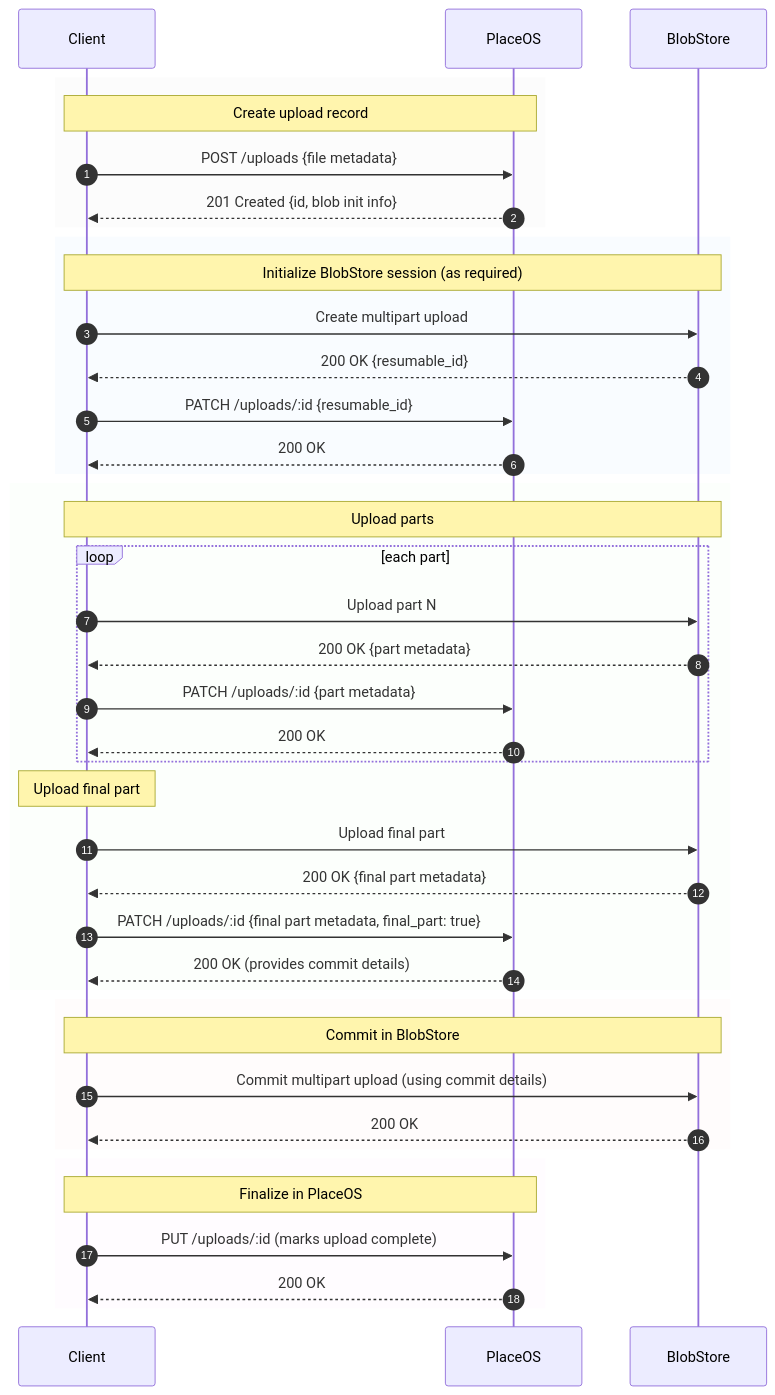
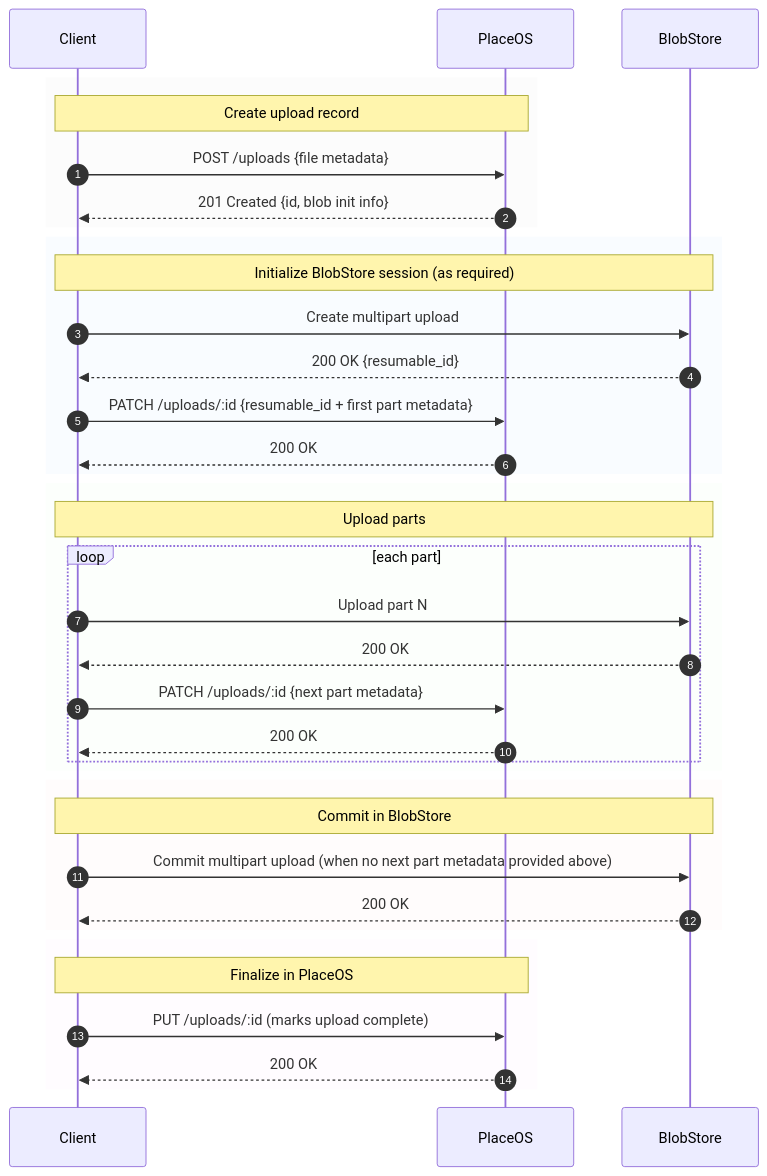
The first of 2 diagrams in src/content/docs/placeos/reference/api/uploads.md (PlaceOS/placeos-docs), drawn with Mermaid before and after one commit. The commit also changed other lines of this file, not shown here.

Commit message:
feat(uploads.md): improve docs

````diff
--- a/src/content/docs/placeos/reference/api/uploads.md
+++ b/src/content/docs/placeos/reference/api/uploads.md
@@ -21,58 +19,51 @@
 ```mermaid
 sequenceDiagram
     autonumber
 
     participant Client
     participant PlaceOS
     participant BlobStore
 
     rect rgb(245,245,245,0.3)
         Note over Client,PlaceOS: Create upload record
 
         Client->>PlaceOS: POST /uploads {file metadata}
         PlaceOS-->>Client: 201 Created {id, blob init info}
     end
 
     rect rgb(235,245,255,0.3)
         Note over Client,BlobStore: Initialize BlobStore session (as required)
 
         Client->>BlobStore: Create multipart upload
         BlobStore-->>Client: 200 OK {resumable_id}
 
-        Client->>PlaceOS: PATCH /uploads/:id {resumable_id}
+        Client->>PlaceOS: PATCH /uploads/:id {resumable_id + first part metadata}
         PlaceOS-->>Client: 200 OK
     end
 
     rect rgb(245,255,245,0.3)
         Note over Client,BlobStore: Upload parts
 
         loop each part
             Client->>BlobStore: Upload part N
-            BlobStore-->>Client: 200 OK {part metadata}
-            Client->>PlaceOS: PATCH /uploads/:id {part metadata}
+            BlobStore-->>Client: 200 OK
+            Client->>PlaceOS: PATCH /uploads/:id {next part metadata}
             PlaceOS-->>Client: 200 OK
         end
-
-        Note over Client: Upload final part
-
-        Client->>BlobStore: Upload final part
-        BlobStore-->>Client: 200 OK {final part metadata}
-        Client->>PlaceOS: PATCH /uploads/:id {final part metadata, final_part: true}
-        PlaceOS-->>Client: 200 OK (provides commit details)
     end
 
     rect rgb(255,245,245,0.3)
         Note over Client,BlobStore: Commit in BlobStore
 
-        Client->>BlobStore: Commit multipart upload (using commit details)
+        Client->>BlobStore: Commit multipart upload (when no next part metadata provided above)
         BlobStore-->>Client: 200 OK
     end
 
     rect rgb(255,245,255,0.3)
         Note over Client,PlaceOS: Finalize in PlaceOS
 
         Client->>PlaceOS: PUT /uploads/:id (marks upload complete)
         PlaceOS-->>Client: 200 OK
     end
 
 ```
````
